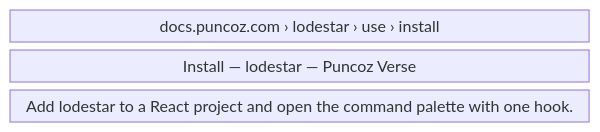
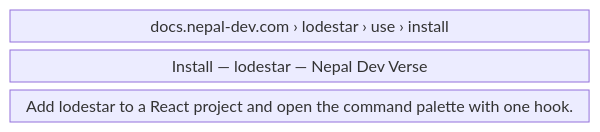
Before and after one commit to nepal-dev-com/docs.nepal-dev.com: the second of 6 diagrams in content/docs/maintain/app-flow/search-and-sharing.mdx, drawn with Mermaid. The commit also changed other lines of this file and 145 other files, not shown here.

Commit message:
nepal dev docs

````diff
--- a/content/docs/maintain/app-flow/search-and-sharing.mdx
+++ b/content/docs/maintain/app-flow/search-and-sharing.mdx
@@ -53,7 +53,7 @@
 ```mermaid
 block-beta
   columns 4
-  site["docs.puncoz.com › lodestar › use › install"]:4
-  title["Install — lodestar — Puncoz Verse"]:4
+  site["docs.nepal-dev.com › lodestar › use › install"]:4
+  title["Install — lodestar — Nepal Dev Verse"]:4
   desc["Add lodestar to a React project and open the command palette with one hook."]:4
 ```
````
